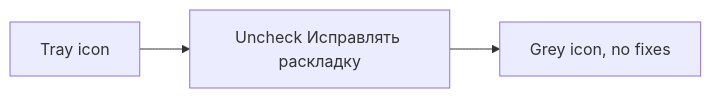
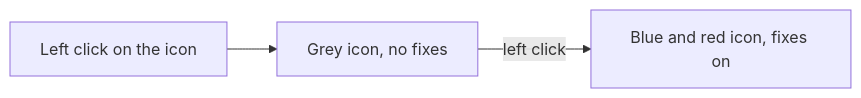
One commit to workbench-soft/langflip changed the fifth of 6 diagrams in docs/user-flows.md. Above: the diagram before and after it, drawn with Mermaid. The commit also changed other lines of this file and 9 other files, not shown here.

First line of the commit message:
feat: pause with a click on the tray icon, start at login from the first start (#2)

````diff
--- a/docs/user-flows.md
+++ b/docs/user-flows.md
@@ -64,4 +64,5 @@
 ```mermaid
 flowchart LR
-    A[Tray icon] --> B[Uncheck Исправлять раскладку] --> C[Grey icon, no fixes]
+    A[Left click on the icon] --> B[Grey icon, no fixes]
+    B -->|left click| C[Blue and red icon, fixes on]
 ```
````
